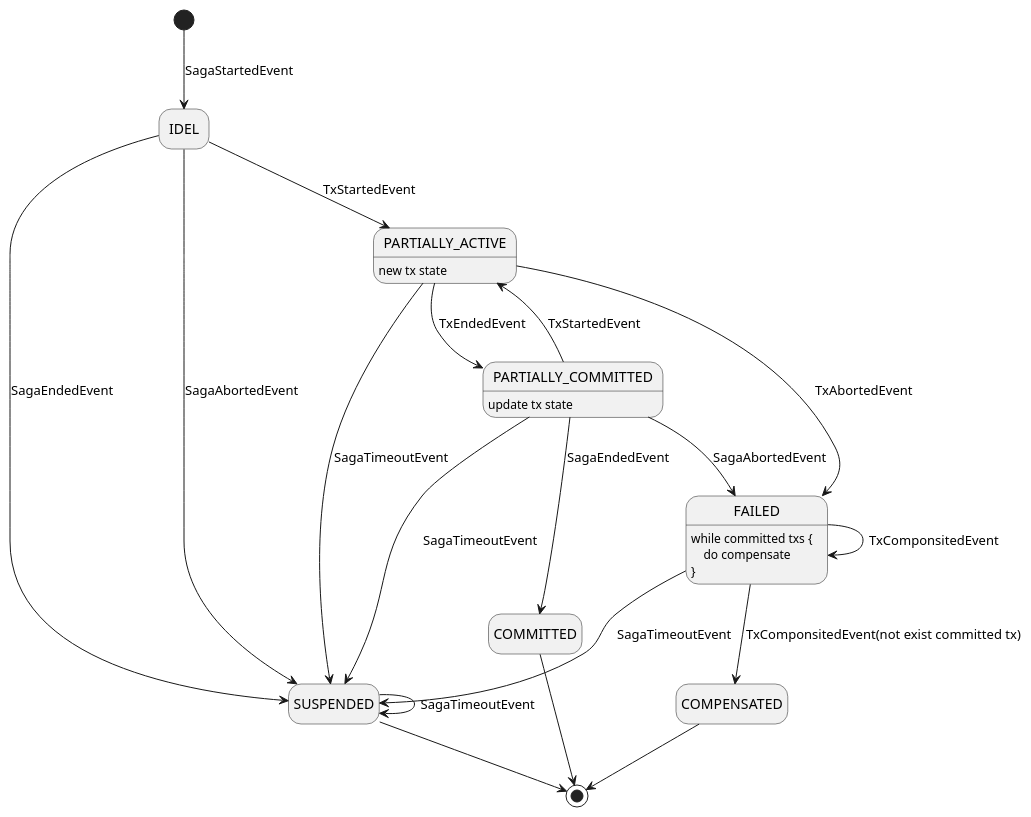
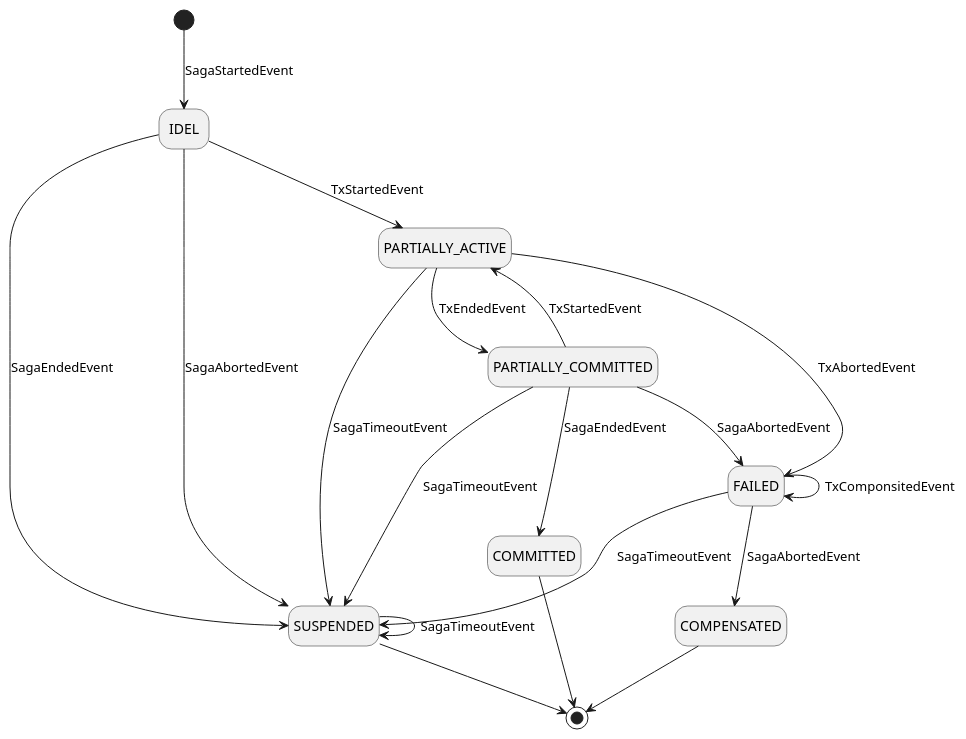
The diagram in state_machine_demo/saga-akkafsm/plantuml/saga-state-diagram.puml (coolbeevip/playground), drawn with PlantUML before and after one commit. The commit also changed 2 other files, not shown here.

```diff
--- a/state_machine_demo/saga-akkafsm/plantuml/saga-state-diagram.puml
+++ b/state_machine_demo/saga-akkafsm/plantuml/saga-state-diagram.puml
@@ -1,47 +1,40 @@
 @startuml
 hide empty description
 
 [*] --> IDEL : SagaStartedEvent
 
 IDEL --> PARTIALLY_ACTIVE : TxStartedEvent
 
 IDEL --> SUSPENDED : SagaEndedEvent
 
 IDEL --> SUSPENDED : SagaAbortedEvent
 
 PARTIALLY_COMMITTED --> COMMITTED : SagaEndedEvent
 
 PARTIALLY_COMMITTED --> PARTIALLY_ACTIVE : TxStartedEvent
 
 PARTIALLY_COMMITTED --> FAILED : SagaAbortedEvent
 
 PARTIALLY_COMMITTED --> SUSPENDED : SagaTimeoutEvent
 
 PARTIALLY_ACTIVE --> PARTIALLY_COMMITTED : TxEndedEvent
 
 PARTIALLY_ACTIVE --> FAILED : TxAbortedEvent
 
 PARTIALLY_ACTIVE --> SUSPENDED : SagaTimeoutEvent
 
 SUSPENDED --> SUSPENDED : SagaTimeoutEvent
 
-FAILED --> COMPENSATED : TxComponsitedEvent(not exist committed tx)
+FAILED --> COMPENSATED : SagaAbortedEvent
 
 FAILED --> SUSPENDED : SagaTimeoutEvent
 
 FAILED --> FAILED : TxComponsitedEvent
 
 COMPENSATED --> [*]
 
 COMMITTED --> [*]
 
 SUSPENDED --> [*]
 
-PARTIALLY_COMMITTED : update tx state
-
-PARTIALLY_ACTIVE : new tx state
-
-FAILED : while committed txs {\n    do compensate\n}
-
-
 @enduml
```
